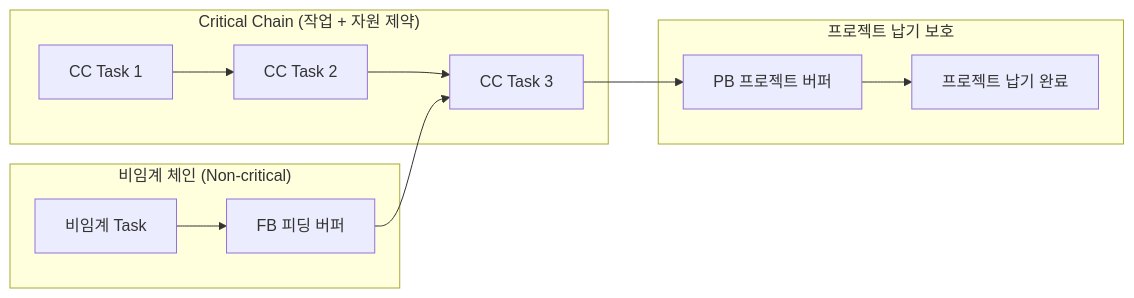
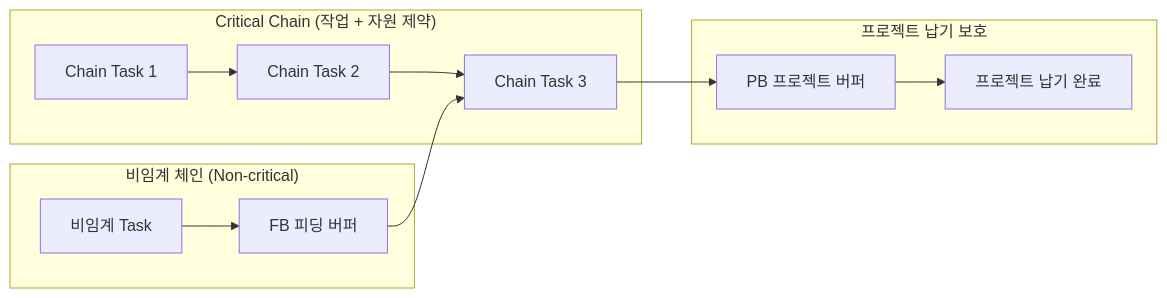
One commit to agnusdei1207/study changed the second of 3 diagrams in src/content/docs/notes/itpe/01-it-strategy/112_critical_chain_toc.md. Above: the diagram before and after it, drawn with Mermaid. The commit also changed other lines of this file and 11 other files, not shown here.

````diff
--- a/src/content/docs/notes/itpe/01-it-strategy/112_critical_chain_toc.md
+++ b/src/content/docs/notes/itpe/01-it-strategy/112_critical_chain_toc.md
@@ -104,16 +104,16 @@
 ```mermaid
 flowchart LR
     subgraph FEEDING["비임계 체인 (Non-critical)"]
         T_FEED["비임계 Task"] --> FB["FB 피딩 버퍼"]
     end
     subgraph CRITICAL["Critical Chain (작업 + 자원 제약)"]
-        T1["CC Task 1"] --> T2["CC Task 2"]
-        T2 --> T3["CC Task 3"]
+        T1["Chain Task 1"] --> T2["Chain Task 2"]
+        T2 --> T3["Chain Task 3"]
     end
     subgraph DELIVERY["프로젝트 납기 보호"]
         PB["PB 프로젝트 버퍼"] --> END["프로젝트 납기 완료"]
     end
 
     FB --> T3
     T3 --> PB
 ```
````
